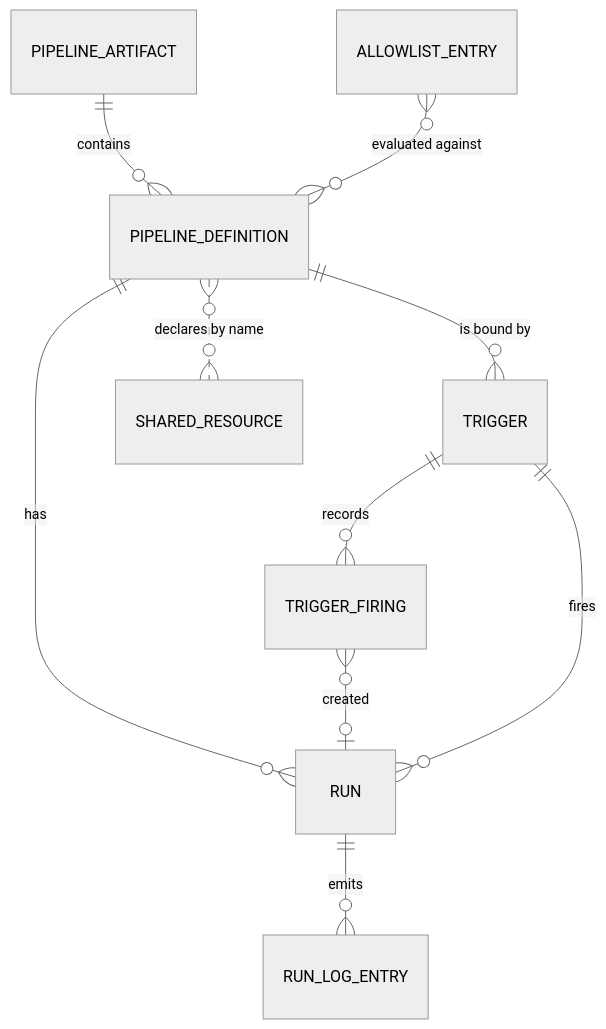
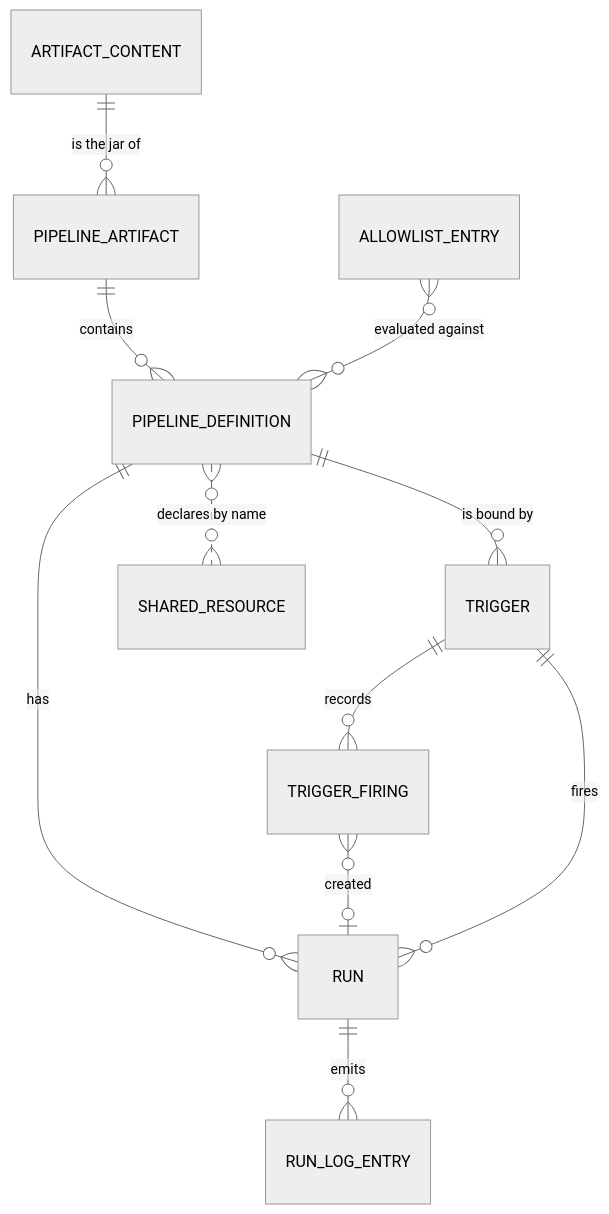
The diagram in docs/stable/pipeline-engine/06-data-model.md (lanyitin/runline), drawn with Mermaid (neutral theme) before and after one commit. The commit also changed other lines of this file and 2 other files, not shown here.

````diff
--- a/docs/stable/pipeline-engine/06-data-model.md
+++ b/docs/stable/pipeline-engine/06-data-model.md
@@ -7,12 +7,13 @@
 ```mermaid
 erDiagram
+  ARTIFACT_CONTENT ||--o{ PIPELINE_ARTIFACT : "is the jar of"
   PIPELINE_ARTIFACT ||--o{ PIPELINE_DEFINITION : contains
   PIPELINE_DEFINITION ||--o{ TRIGGER : "is bound by"
   PIPELINE_DEFINITION ||--o{ RUN : "has"
   PIPELINE_DEFINITION }o..o{ SHARED_RESOURCE : "declares by name"
   TRIGGER ||--o{ TRIGGER_FIRING : "records"
   TRIGGER_FIRING }o--o| RUN : "created"
   TRIGGER ||--o{ RUN : "fires"
   RUN ||--o{ RUN_LOG_ENTRY : "emits"
   ALLOWLIST_ENTRY }o--o{ PIPELINE_DEFINITION : "evaluated against"
 ```
````
